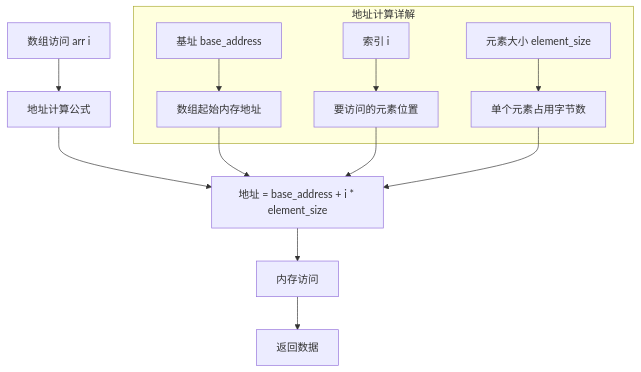
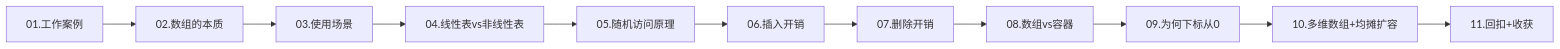
The first of 2 diagrams in 00.通用技术的提升/08.数据结构算法/03.数组深入浅出分析.md (chongyang211/YCBookBlog), drawn with Mermaid before and after one commit. The commit also changed other lines of this file and 194 other files, not shown here.

````diff
--- a/00.通用技术的提升/08.数据结构算法/03.数组深入浅出分析.md
+++ b/00.通用技术的提升/08.数据结构算法/03.数组深入浅出分析.md
@@ -668,17 +39,13 @@
 ```mermaid
-graph TB
-    A[数组访问 arr i] --> B[地址计算公式]
-    B --> C[地址 = base_address + i * element_size]
-    C --> D[内存访问]
-    D --> E[返回数据]
-    
-    subgraph "地址计算详解"
-        F[基址 base_address] --> F1[数组起始内存地址]
-        G[索引 i] --> G1[要访问的元素位置]
-        H[元素大小 element_size] --> H1[单个元素占用字节数]
-    end
-    
-    F1 --> C
-    G1 --> C
-    H1 --> C
+flowchart LR
+    A[01.工作案例] --> B[02.数组的本质]
+    B --> C[03.使用场景]
+    C --> D[04.线性表vs非线性表]
+    D --> E[05.随机访问原理]
+    E --> F[06.插入开销]
+    F --> G[07.删除开销]
+    G --> H[08.数组vs容器]
+    H --> I[09.为何下标从0]
+    I --> J[10.多维数组+均摊扩容]
+    J --> K[11.回扣+收获]
 ```
````
